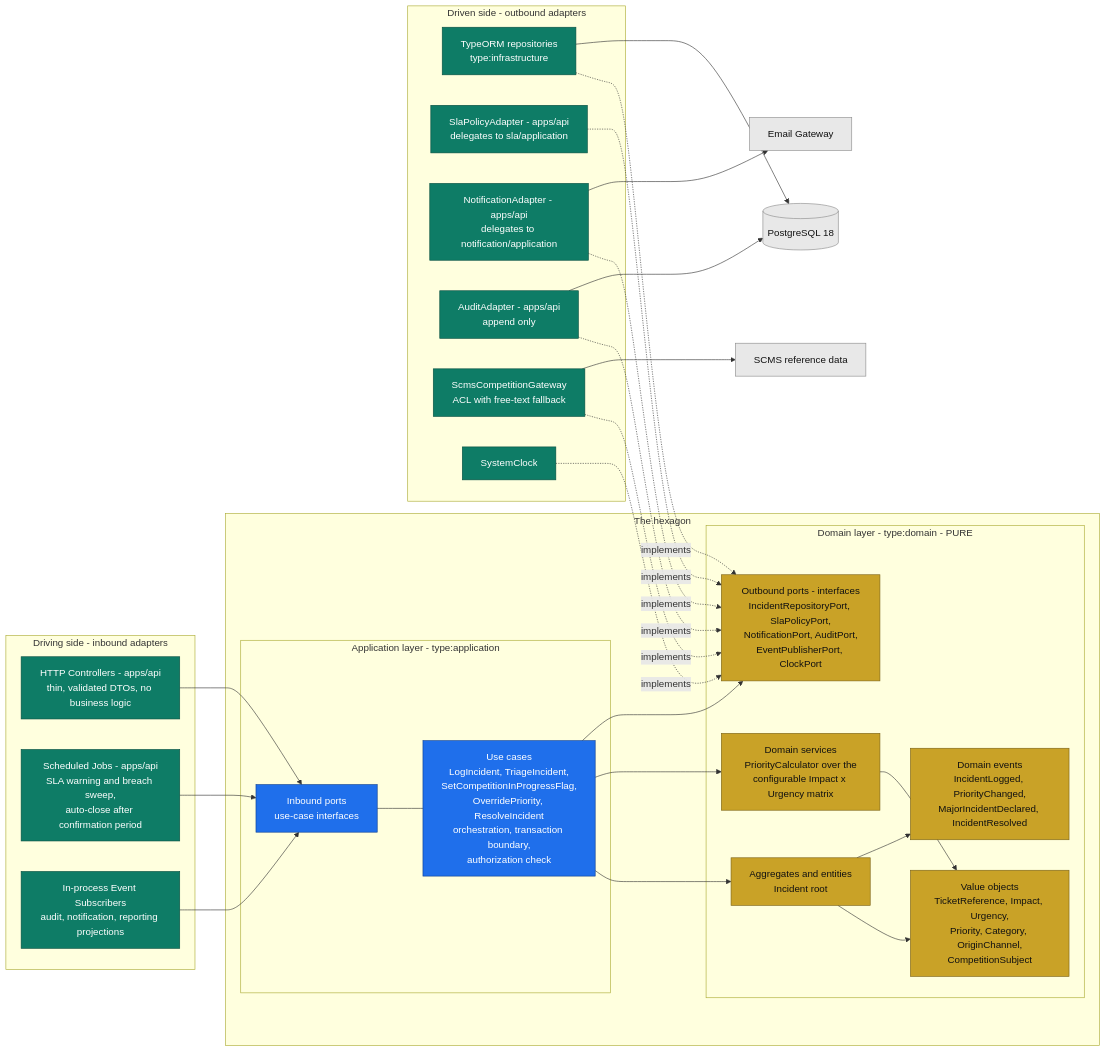
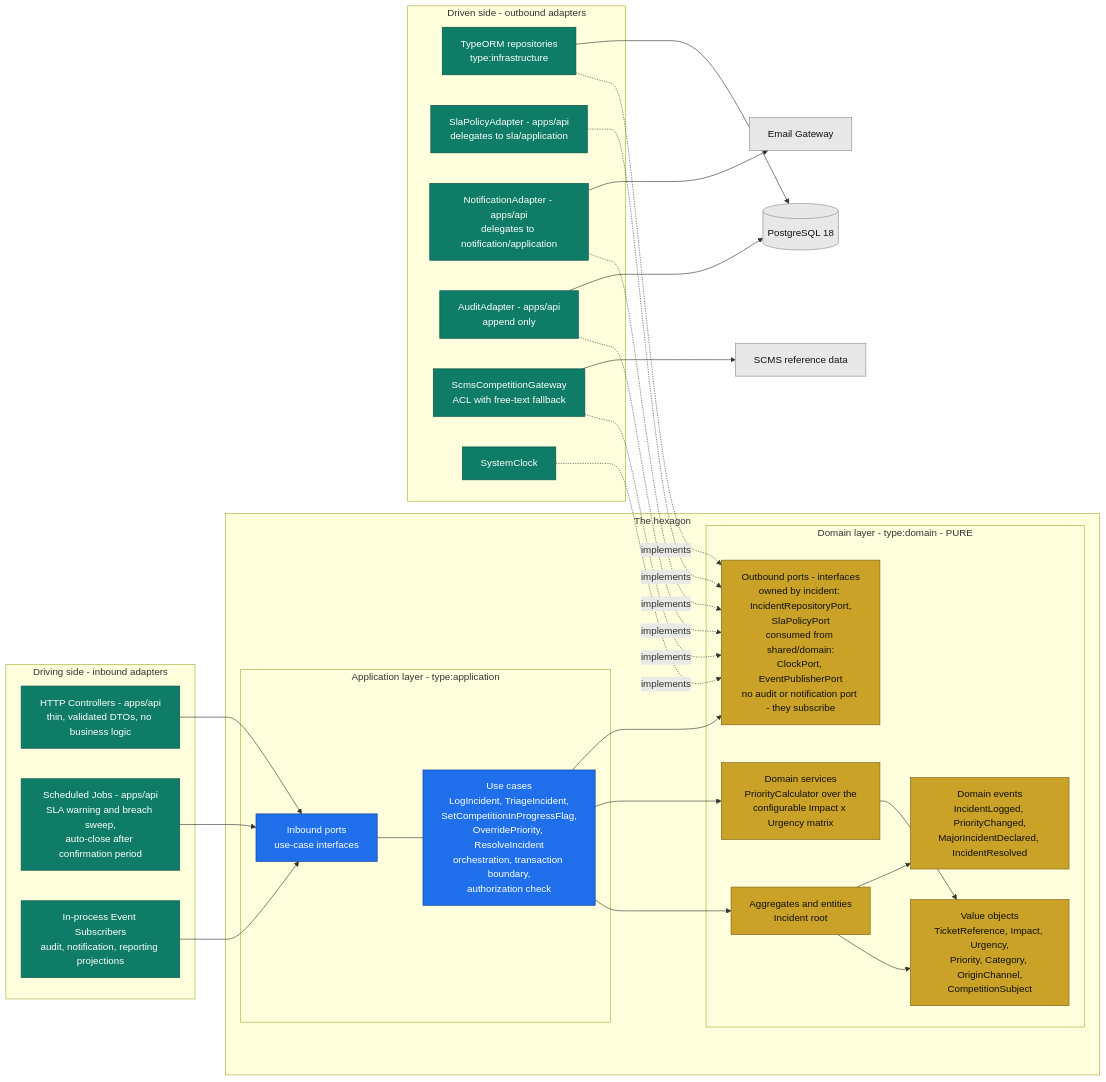
Before and after one commit to igomez-ai4devs-projects/AI4Devs-finalproject: the fifth of 8 diagrams in docs/product/ARCHITECTURE.md, drawn with Mermaid. The commit also changed other lines of this file and 11 other files, not shown here.

````diff
--- a/docs/product/ARCHITECTURE.md
+++ b/docs/product/ARCHITECTURE.md
@@ -583,67 +605,67 @@
 ```mermaid
 flowchart LR
     subgraph driving["Driving side - inbound adapters"]
         HTTP["HTTP Controllers - apps/api<br/>thin, validated DTOs, no business logic"]
         SCHED["Scheduled Jobs - apps/api<br/>SLA warning and breach sweep,<br/>auto-close after confirmation period"]
         EVTIN["In-process Event Subscribers<br/>audit, notification, reporting projections"]
     end
 
     subgraph hex["The hexagon"]
         subgraph applayer["Application layer - type:application"]
             UC["Use cases<br/>LogIncident, TriageIncident,<br/>SetCompetitionInProgressFlag,<br/>OverridePriority, ResolveIncident<br/>orchestration, transaction boundary,<br/>authorization check"]
             IP["Inbound ports<br/>use-case interfaces"]
         end
         subgraph domlayer["Domain layer - type:domain - PURE"]
             AGG["Aggregates and entities<br/>Incident root"]
             VO["Value objects<br/>TicketReference, Impact, Urgency,<br/>Priority, Category, OriginChannel,<br/>CompetitionSubject"]
             DS["Domain services<br/>PriorityCalculator over the<br/>configurable Impact x Urgency matrix"]
             DE["Domain events<br/>IncidentLogged, PriorityChanged,<br/>MajorIncidentDeclared, IncidentResolved"]
-            OP["Outbound ports - interfaces<br/>IncidentRepositoryPort, SlaPolicyPort,<br/>NotificationPort, AuditPort,<br/>EventPublisherPort, ClockPort"]
+            OP["Outbound ports - interfaces<br/>owned by incident: IncidentRepositoryPort,<br/>SlaPolicyPort<br/>consumed from shared/domain:<br/>ClockPort, EventPublisherPort<br/>no audit or notification port - they subscribe"]
         end
     end
 
     subgraph driven["Driven side - outbound adapters"]
         REPO["TypeORM repositories<br/>type:infrastructure"]
         SLAAD["SlaPolicyAdapter - apps/api<br/>delegates to sla/application"]
         NOTAD["NotificationAdapter - apps/api<br/>delegates to notification/application"]
         AUDAD["AuditAdapter - apps/api<br/>append only"]
         SCMSAD["ScmsCompetitionGateway<br/>ACL with free-text fallback"]
         CLOCK["SystemClock"]
     end
 
     DBX[("PostgreSQL 18")]
     MAILX["Email Gateway"]
     SCMSX["SCMS reference data"]
 
     HTTP --> IP
     SCHED --> IP
     EVTIN --> IP
     IP --- UC
     UC --> AGG
     UC --> DS
     UC --> OP
     AGG --> VO
     AGG --> DE
     DS --> VO
 
     REPO -.->|"implements"| OP
     SLAAD -.->|"implements"| OP
     NOTAD -.->|"implements"| OP
     AUDAD -.->|"implements"| OP
     SCMSAD -.->|"implements"| OP
     CLOCK -.->|"implements"| OP
 
     REPO --> DBX
     AUDAD --> DBX
     NOTAD --> MAILX
     SCMSAD --> SCMSX
 
     classDef dom fill:#c9a227,stroke:#7a6115,color:#111111
     classDef app fill:#1f6feb,stroke:#0b3d91,color:#ffffff
     classDef adp fill:#0e7c66,stroke:#064e40,color:#ffffff
     classDef ext fill:#e8e8e8,stroke:#8b8b8b,color:#111111
     class AGG,VO,DS,DE,OP dom
     class UC,IP app
     class HTTP,SCHED,EVTIN,REPO,SLAAD,NOTAD,AUDAD,SCMSAD,CLOCK adp
     class DBX,MAILX,SCMSX ext
 ```
````
